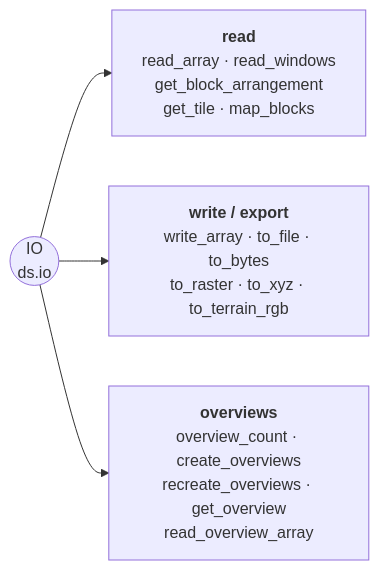
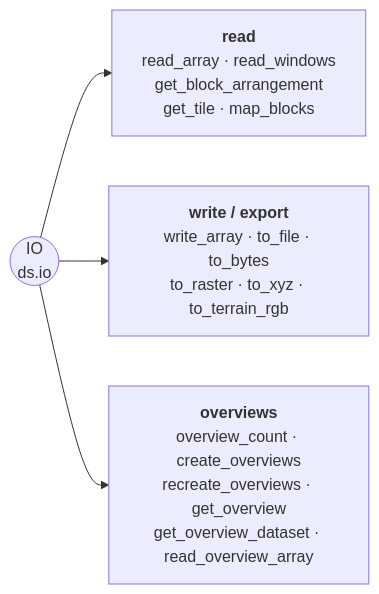
The diagram in docs/reference/dataset/io.md (serapeum-org/pyramids), drawn with Mermaid before and after one commit. The commit also changed 4 other files, not shown here.

First line of the commit message:
docs(dataset): declare get_overview_dataset across the API surface

````diff
--- a/docs/reference/dataset/io.md
+++ b/docs/reference/dataset/io.md
@@ -5,7 +5,7 @@
 ```mermaid
 flowchart LR
     IO(("IO<br/>ds.io"))
     IO --> R["<b>read</b><br/>read_array · read_windows<br/>get_block_arrangement<br/>get_tile · map_blocks"]
     IO --> W["<b>write / export</b><br/>write_array · to_file · to_bytes<br/>to_raster · to_xyz · to_terrain_rgb"]
-    IO --> O["<b>overviews</b><br/>overview_count · create_overviews<br/>recreate_overviews · get_overview<br/>read_overview_array"]
+    IO --> O["<b>overviews</b><br/>overview_count · create_overviews<br/>recreate_overviews · get_overview<br/>get_overview_dataset · read_overview_array"]
 ```
````
